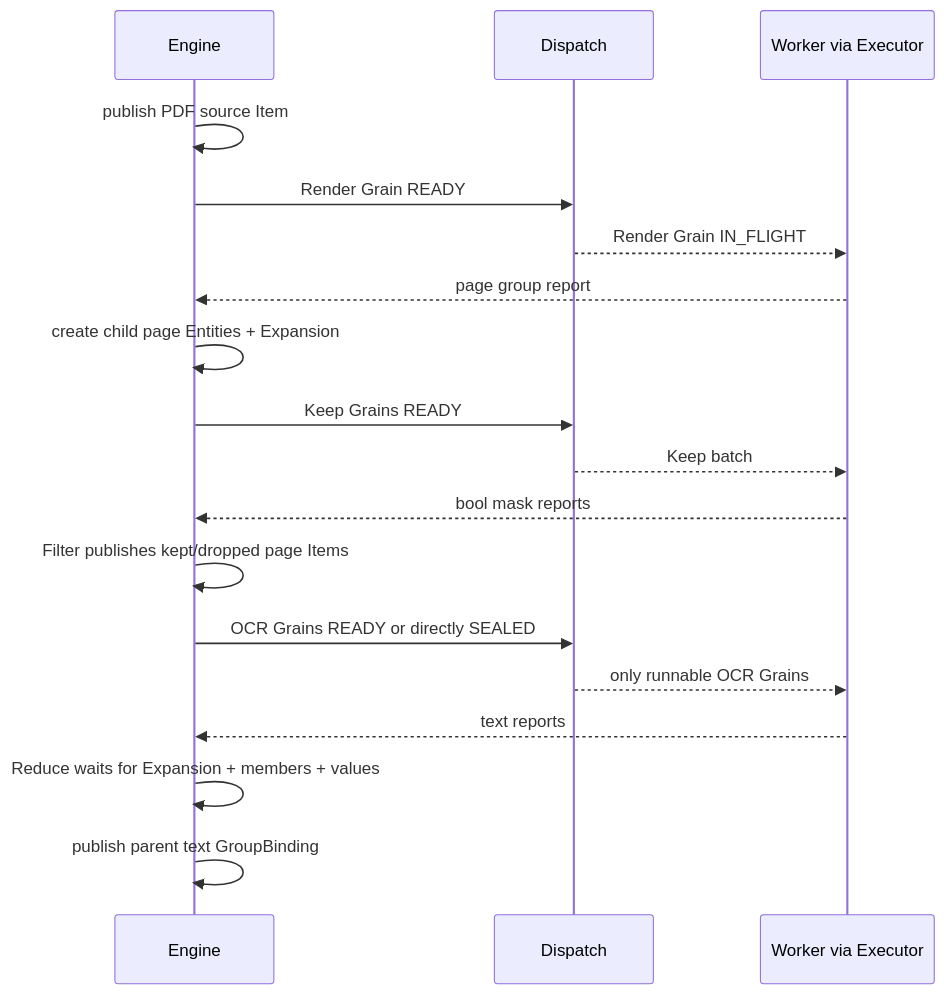
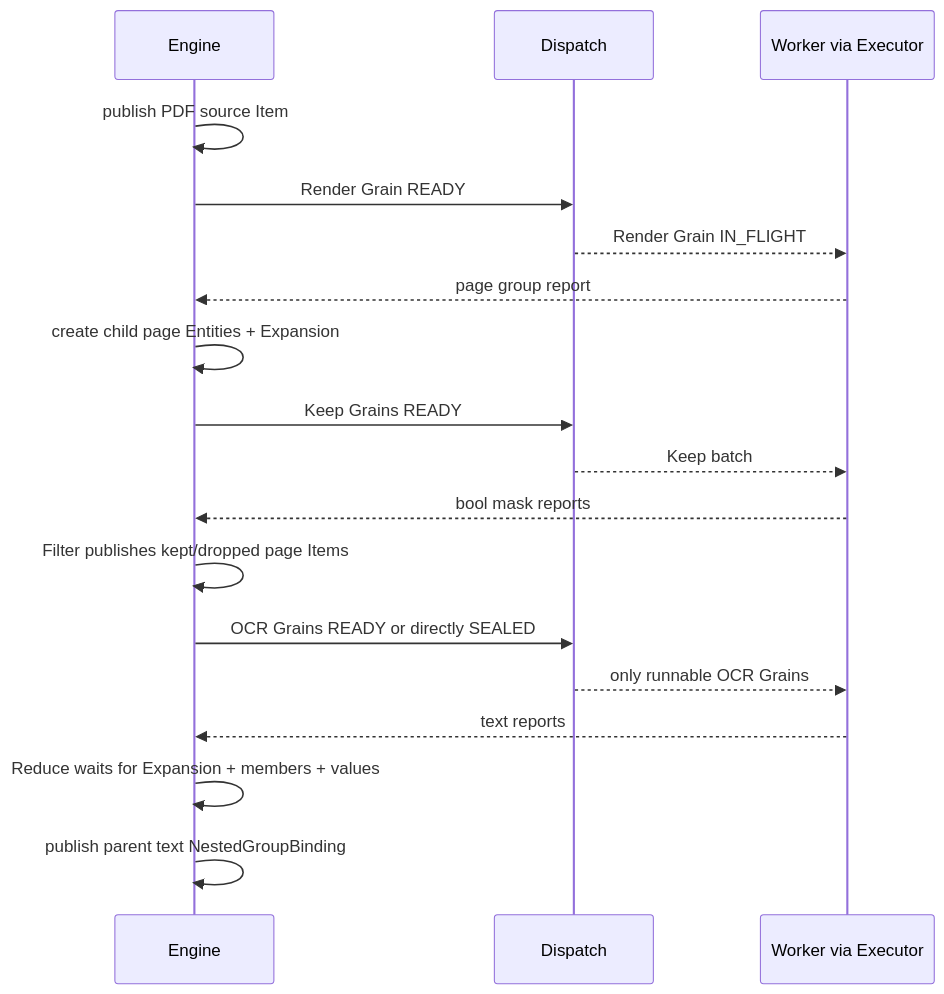
Before and after one commit to OpenDCAI/RayOrch: the fourth of 4 diagrams in docs/multigrain_v3_6_walkthrough/03_runtime_engine.md, drawn with Mermaid. The commit also changed other lines of this file and 31 other files, not shown here.

Commit message:
docs(v3.6): publish bilingual architecture guides

````diff
--- a/docs/multigrain_v3_6_walkthrough/03_runtime_engine.md
+++ b/docs/multigrain_v3_6_walkthrough/03_runtime_engine.md
@@ -532,21 +539,21 @@
 ```mermaid
 sequenceDiagram
     participant E as Engine
     participant D as Dispatch
     participant W as Worker via Executor
 
     E->>E: publish PDF source Item
     E->>D: Render Grain READY
     D-->>W: Render Grain IN_FLIGHT
     W-->>E: page group report
     E->>E: create child page Entities + Expansion
     E->>D: Keep Grains READY
     D-->>W: Keep batch
     W-->>E: bool mask reports
     E->>E: Filter publishes kept/dropped page Items
     E->>D: OCR Grains READY or directly SEALED
     D-->>W: only runnable OCR Grains
     W-->>E: text reports
     E->>E: Reduce waits for Expansion + members + values
-    E->>E: publish parent text GroupBinding
+    E->>E: publish parent text NestedGroupBinding
 ```
````
